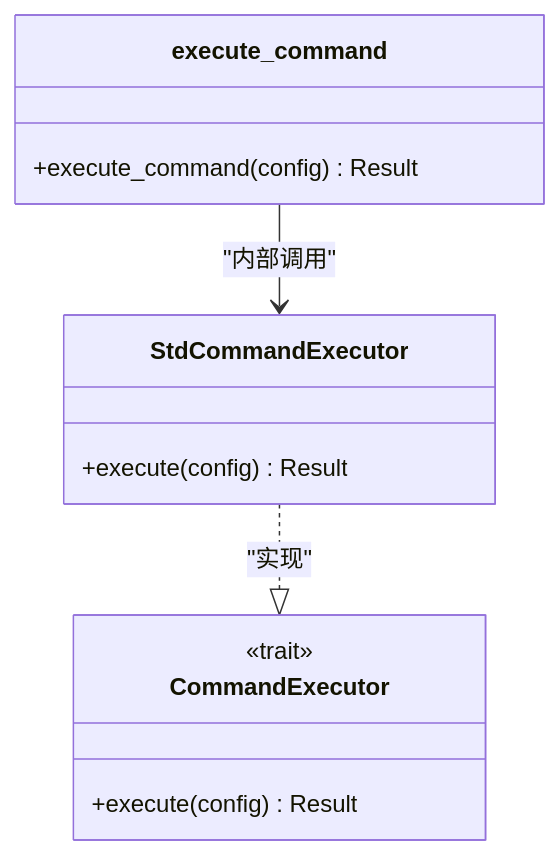
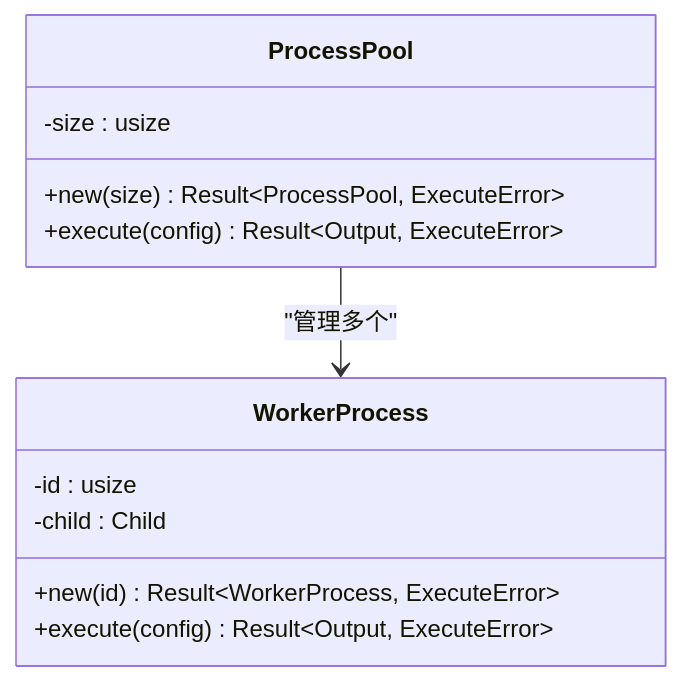
The fifth of 8 diagrams in .qoder/repowiki/zh/content/执行模式详解/执行模式详解.md (xcry2006/execute), drawn with Mermaid before and after one commit. The commit also changed other lines of this file and 9 other files, not shown here.

````diff
--- a/.qoder/repowiki/zh/content/执行模式详解/执行模式详解.md
+++ b/.qoder/repowiki/zh/content/执行模式详解/执行模式详解.md
@@ -207,15 +294,15 @@
 ```mermaid
 classDiagram
-class CommandExecutor {
-<<trait>>
-+execute(config) Result<Output, ExecuteError>
+class ProcessPool {
+-size : usize
++new(size) Result~ProcessPool, ExecuteError~
++execute(config) Result~Output, ExecuteError~
 }
-class StdCommandExecutor {
-+execute(config) Result<Output, ExecuteError>
+class WorkerProcess {
+-id : usize
+-child : Child
++new(id) Result~WorkerProcess, ExecuteError~
++execute(config) Result~Output, ExecuteError~
 }
-class execute_command {
-+execute_command(config) Result<Output, ExecuteError>
-}
-StdCommandExecutor ..|> CommandExecutor : "实现"
-execute_command --> StdCommandExecutor : "内部调用"
+ProcessPool --> WorkerProcess : "管理多个"
 ```
````
